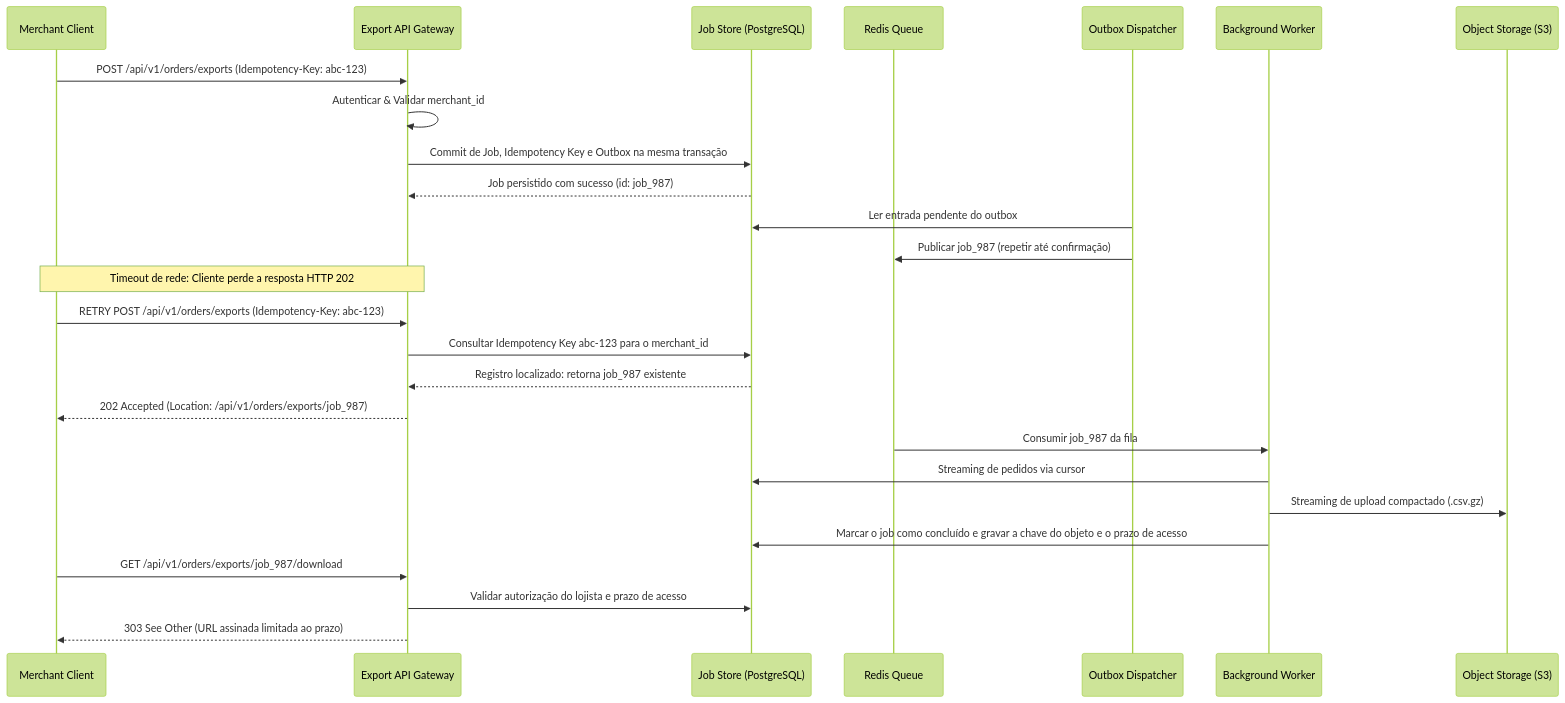
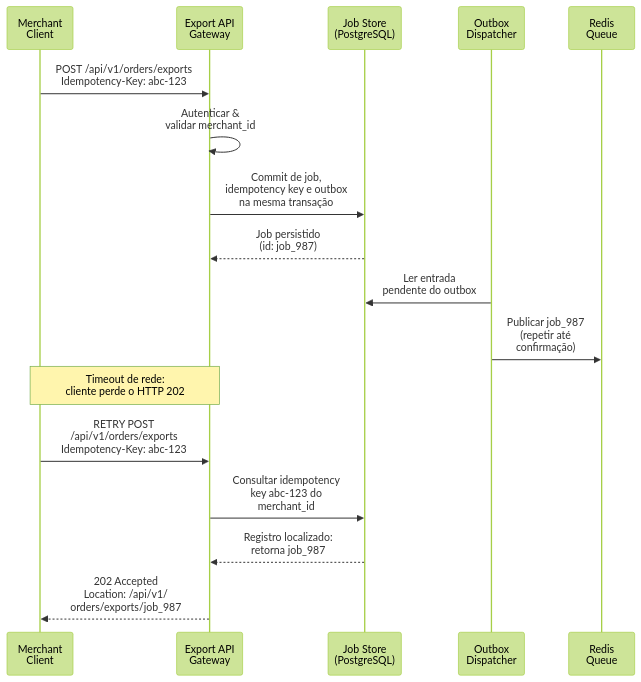
One commit to marcelomiyake/marcelomiyake.github.io changed the first of 2 diagrams in _posts/2026-09-23-ai-system-design-documents-pt-br.markdown. Above: the diagram before and after it, drawn with Mermaid (forest theme). The commit also changed other lines of this file and 21 other files, not shown here.

First line of the commit message:
fix(blog): update facts, make diagrams legible, and align translations

````diff
--- a/_posts/2026-09-23-ai-system-design-documents-pt-br.markdown
+++ b/_posts/2026-09-23-ai-system-design-documents-pt-br.markdown
@@ -160,32 +160,23 @@
 ```mermaid
+%%{init: {"sequence": {"width": 100, "actorMargin": 30}}}%%
 sequenceDiagram
-    accTitle: Sequência de exportação assíncrona de pedidos com idempotência
-    accDescr: A API grava job e outbox na mesma transação. Um dispatcher publica o trabalho e pode repetir após falhas. O worker armazena a chave do objeto; downloads são autorizados e assinados dentro do prazo de acesso.
-    participant Client as Merchant Client
-    participant API as Export API Gateway
-    participant DB as Job Store (PostgreSQL)
-    participant Queue as Redis Queue
-    participant Dispatcher as Outbox Dispatcher
-    participant Worker as Background Worker
-    participant S3 as Object Storage (S3)
+    accTitle: Envio da exportação de pedidos com outbox e retry idempotente
+    accDescr: A API grava o job, a idempotency key e a entrada do outbox na mesma transação. Um dispatcher publica o job na fila e repete até receber confirmação. Quando o cliente repete o envio após um timeout, a API encontra o job existente pela idempotency key e o retorna.
+    participant Client as Merchant<br/>Client
+    participant API as Export API<br/>Gateway
+    participant DB as Job Store<br/>(PostgreSQL)
+    participant Dispatcher as Outbox<br/>Dispatcher
+    participant Queue as Redis<br/>Queue
 
-    Client->>API: POST /api/v1/orders/exports (Idempotency-Key: abc-123)
-    API->>API: Autenticar & Validar merchant_id
-    API->>DB: Commit de Job, Idempotency Key e Outbox na mesma transação
-    DB-->>API: Job persistido com sucesso (id: job_987)
-    Dispatcher->>DB: Ler entrada pendente do outbox
-    Dispatcher->>Queue: Publicar job_987 (repetir até confirmação)
-    Note over Client,API: Timeout de rede: Cliente perde a resposta HTTP 202
-    Client->>API: RETRY POST /api/v1/orders/exports (Idempotency-Key: abc-123)
-    API->>DB: Consultar Idempotency Key abc-123 para o merchant_id
-    DB-->>API: Registro localizado: retorna job_987 existente
-    API-->>Client: 202 Accepted (Location: /api/v1/orders/exports/job_987)
-    
-    Queue->>Worker: Consumir job_987 da fila
-    Worker->>DB: Streaming de pedidos via cursor
-    Worker->>S3: Streaming de upload compactado (.csv.gz)
-    Worker->>DB: Marcar o job como concluído e gravar a chave do objeto e o prazo de acesso
-    Client->>API: GET /api/v1/orders/exports/job_987/download
-    API->>DB: Validar autorização do lojista e prazo de acesso
-    API-->>Client: 303 See Other (URL assinada limitada ao prazo)
+    Client->>API: POST /api/v1/orders/exports<br/>Idempotency-Key: abc-123
+    API->>API: Autenticar &<br/>validar merchant_id
+    API->>DB: Commit de job,<br/>idempotency key e outbox<br/>na mesma transação
+    DB-->>API: Job persistido<br/>(id: job_987)
+    Dispatcher->>DB: Ler entrada<br/>pendente do outbox
+    Dispatcher->>Queue: Publicar job_987<br/>(repetir até<br/>confirmação)
+    Note over Client,API: Timeout de rede:<br/>cliente perde o HTTP 202
+    Client->>API: RETRY POST<br/>/api/v1/orders/exports<br/>Idempotency-Key: abc-123
+    API->>DB: Consultar idempotency<br/>key abc-123 do<br/>merchant_id
+    DB-->>API: Registro localizado:<br/>retorna job_987
+    API-->>Client: 202 Accepted<br/>Location: /api/v1/<br/>orders/exports/job_987
 ```
````
